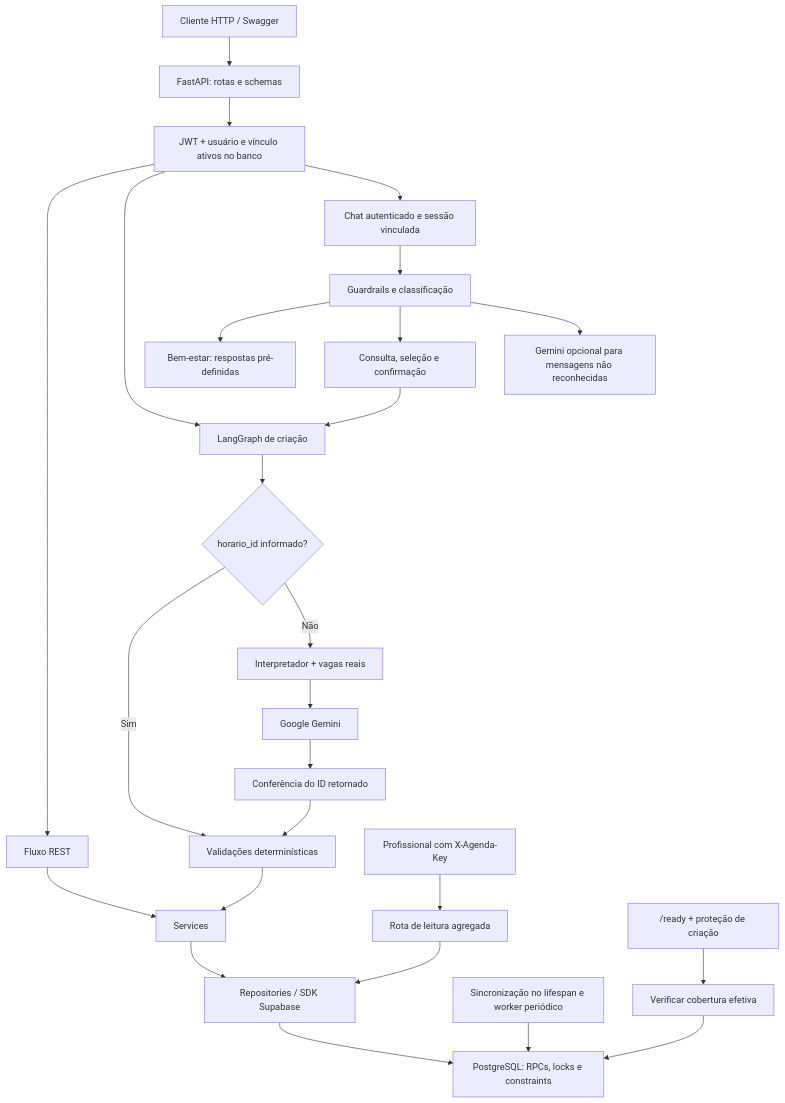
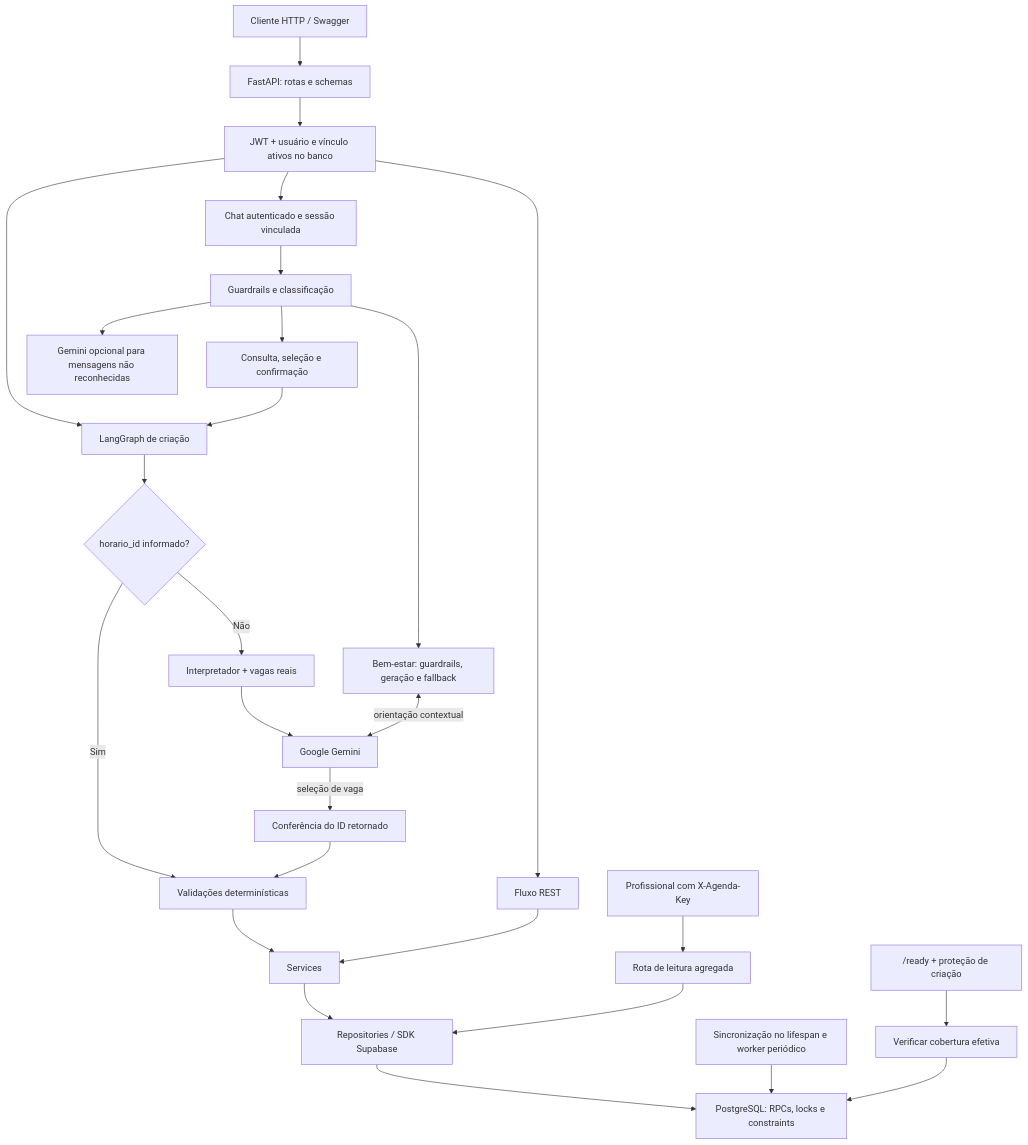
The diagram in README.md (RenataGusmao/bb-massoterapia-ai), drawn with Mermaid before and after one commit. The commit also changed other lines of this file and 1 other file, not shown here.

Commit message:
docs(wellness): document architecture and real-provider validation

````diff
--- a/README.md
+++ b/README.md
@@ -70,28 +74,29 @@
 ```mermaid
 flowchart TD
     Cliente["Cliente HTTP / Swagger"] --> API["FastAPI: rotas e schemas"]
     API --> JWT["JWT + usuário e vínculo ativos no banco"]
     JWT --> REST["Fluxo REST"]
     JWT --> Grafo["LangGraph de criação"]
     JWT --> Chat["Chat autenticado e sessão vinculada"]
     Chat --> Roteador["Guardrails e classificação"]
-    Roteador --> BemEstar["Bem-estar: respostas pré-definidas"]
+    Roteador --> BemEstar["Bem-estar: guardrails, geração e fallback"]
     Roteador --> Vagas["Consulta, seleção e confirmação"]
     Vagas --> Grafo
     Roteador --> Classificador["Gemini opcional para mensagens não reconhecidas"]
     Grafo --> Entrada{"horario_id informado?"}
     Entrada -->|Sim| Validacao["Validações determinísticas"]
     Entrada -->|Não| Interprete["Interpretador + vagas reais"]
     Interprete --> Gemini["Google Gemini"]
-    Gemini --> Conferencia["Conferência do ID retornado"]
+    Gemini -->|seleção de vaga| Conferencia["Conferência do ID retornado"]
+    BemEstar <-->|orientação contextual| Gemini
     Conferencia --> Validacao
     Validacao --> Servicos["Services"]
     REST --> Servicos
     Servicos --> Repo["Repositories / SDK Supabase"]
     Repo --> Banco["PostgreSQL: RPCs, locks e constraints"]
     Leitor["Profissional com X-Agenda-Key"] --> Leitura["Rota de leitura agregada"]
     Leitura --> Repo
     Worker["Sincronização no lifespan e worker periódico"] --> Banco
     Prontidao["/ready + proteção de criação"] --> Verificacao["Verificar cobertura efetiva"]
     Verificacao --> Banco
 ```
````
